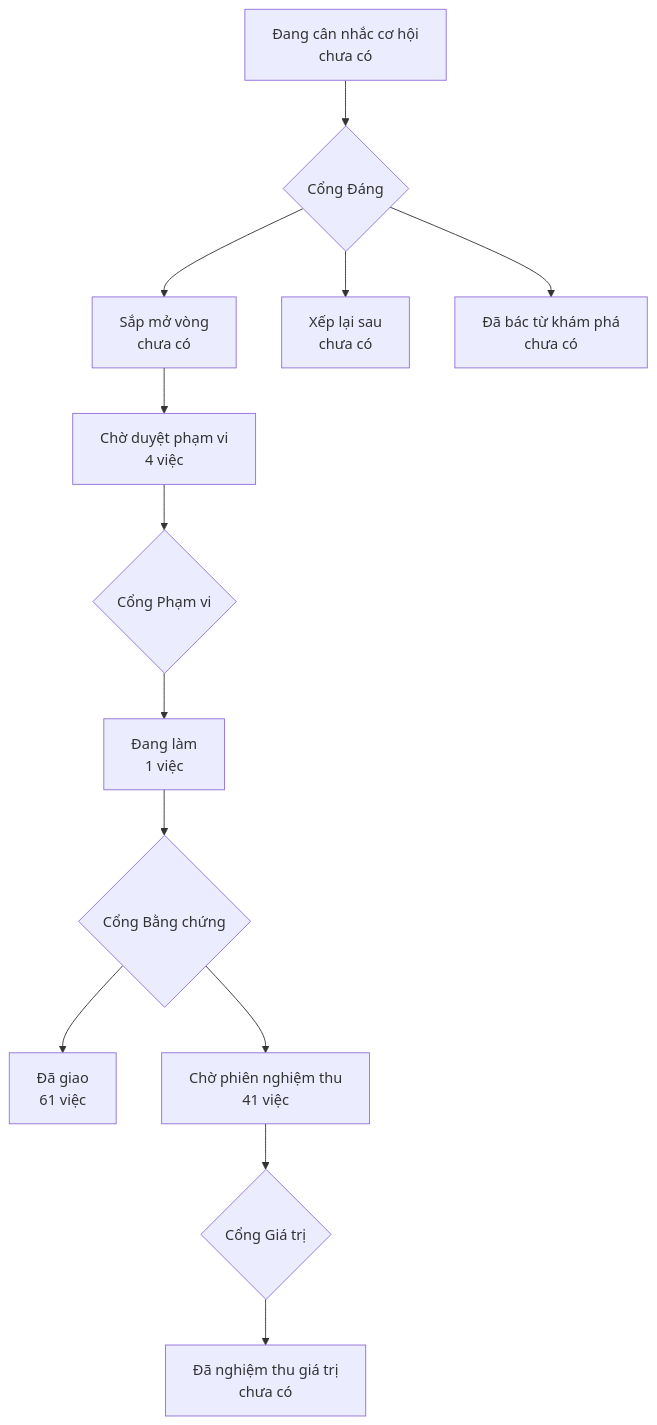
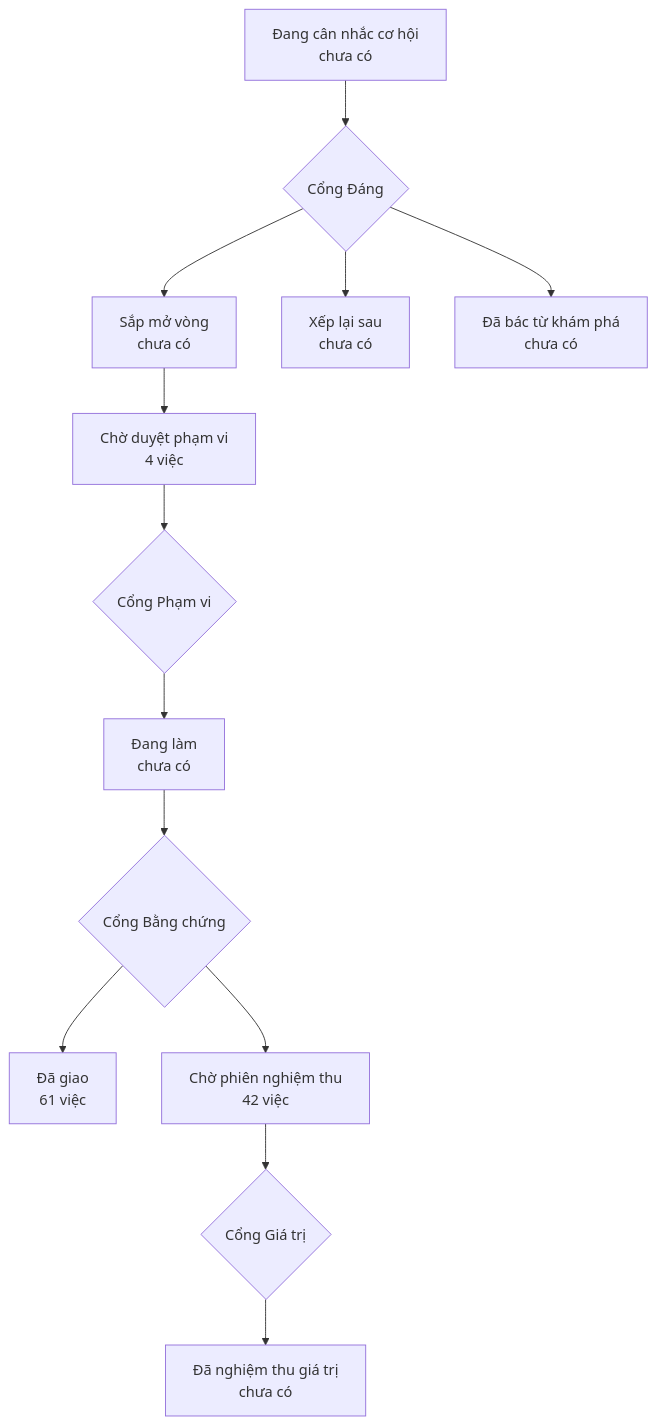
The diagram in PRODUCT-MAP.md (phanlemanh/onehub-invest), drawn with Mermaid before and after one commit. The commit also changed other lines of this file and 4 other files, not shown here.

````diff
--- a/PRODUCT-MAP.md
+++ b/PRODUCT-MAP.md
@@ -7,12 +7,12 @@
 ```mermaid
 flowchart TD
   A["Đang cân nhắc cơ hội<br/>chưa có"] --> GD{"Cổng Đáng"}
   GD --> B["Sắp mở vòng<br/>chưa có"]
   GD --> XL["Xếp lại sau<br/>chưa có"]
   GD --> DB["Đã bác từ khám phá<br/>chưa có"]
   B --> CD["Chờ duyệt phạm vi<br/>4 việc"] --> GP{"Cổng Phạm vi"}
-  GP --> DL["Đang làm<br/>1 việc"] --> GB{"Cổng Bằng chứng"}
+  GP --> DL["Đang làm<br/>chưa có"] --> GB{"Cổng Bằng chứng"}
   GB --> DG["Đã giao<br/>61 việc"]
-  GB --> CN["Chờ phiên nghiệm thu<br/>41 việc"] --> GG{"Cổng Giá trị"}
+  GB --> CN["Chờ phiên nghiệm thu<br/>42 việc"] --> GG{"Cổng Giá trị"}
   GG --> NT["Đã nghiệm thu giá trị<br/>chưa có"]
 ```
````
